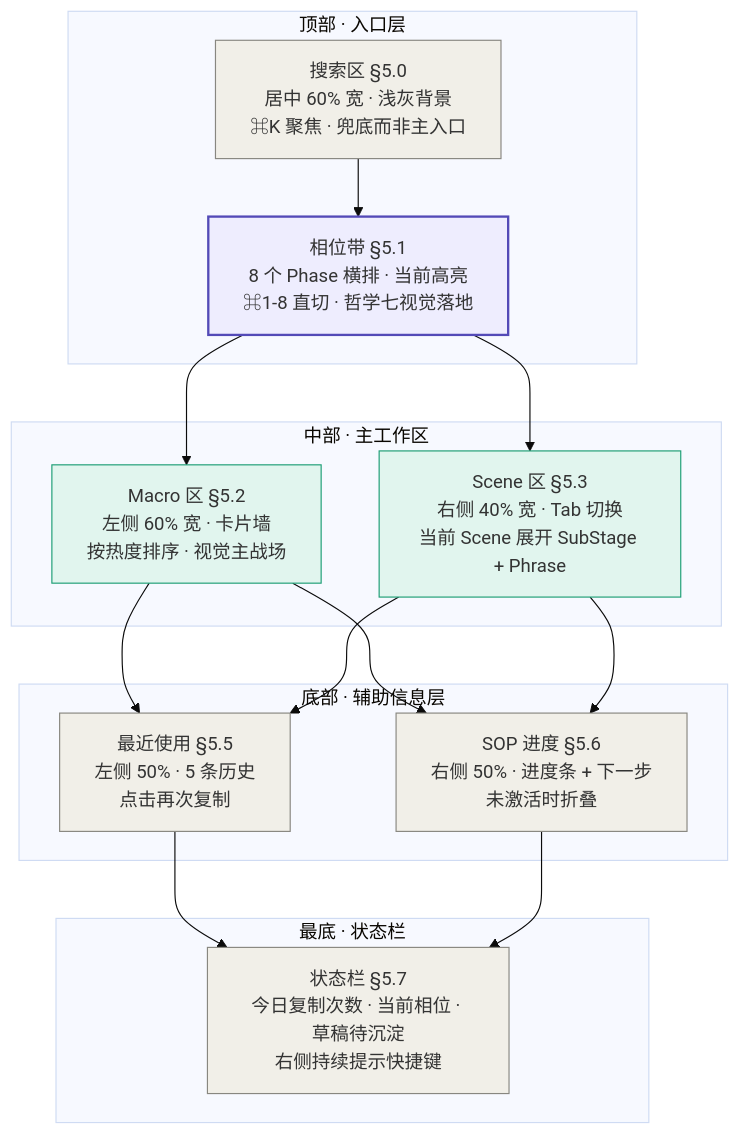
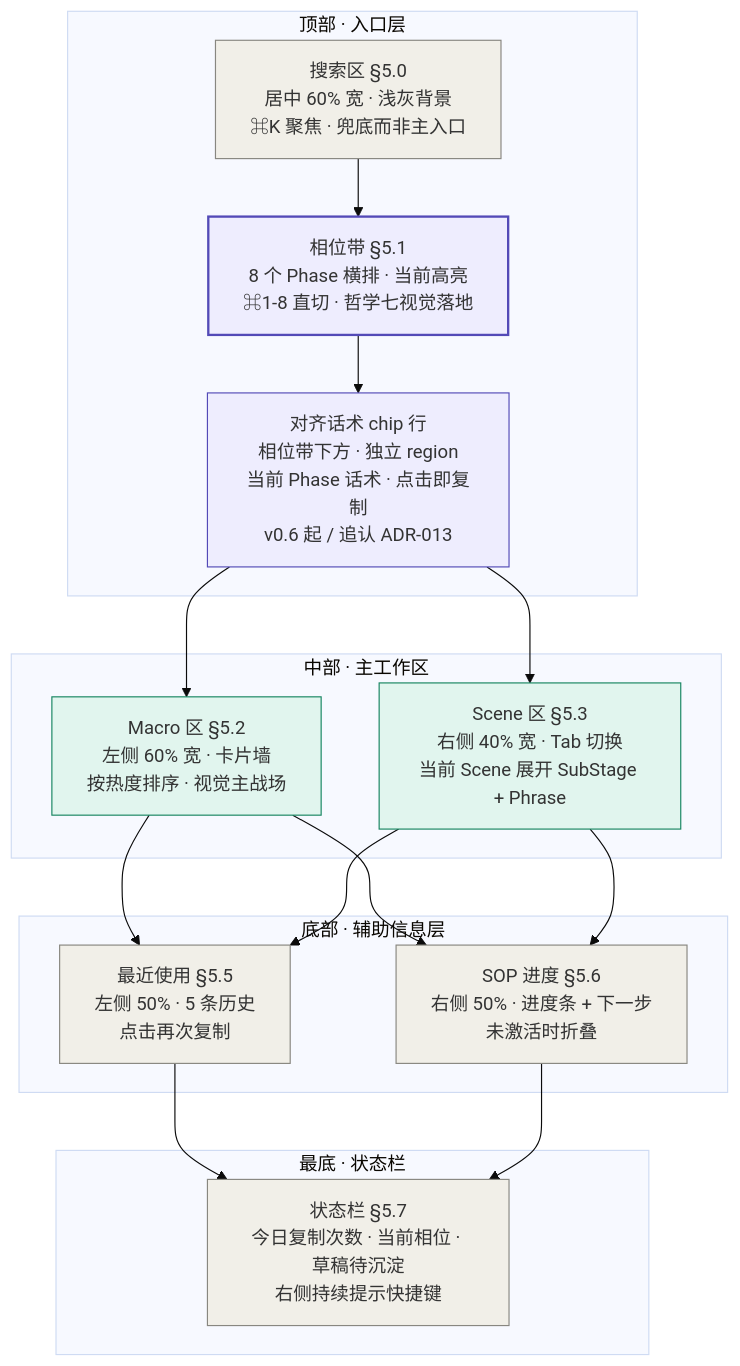
The fourth of 4 diagrams in docs/design/03-product-spec.md (HuiW86/prompt-hub), drawn with Mermaid (base theme) before and after one commit. The commit also changed other lines of this file and 6 other files, not shown here.

First line of the commit message:
docs(design): ripple ADR-012 Phase 4 — ADR-013 + product-spec v0.6 + features v0.2 + archive + CLAUDE §7

````diff
--- a/docs/design/03-product-spec.md
+++ b/docs/design/03-product-spec.md
@@ -563,39 +565,42 @@
 ```mermaid
 graph TD
     subgraph 顶部["顶部 · 入口层"]
         S["搜索区 §5.0<br/>居中 60% 宽 · 浅灰背景<br/>⌘K 聚焦 · 兜底而非主入口"]
         P["相位带 §5.1<br/>8 个 Phase 横排 · 当前高亮<br/>⌘1-8 直切 · 哲学七视觉落地"]
+        AP["对齐话术 chip 行<br/>相位带下方 · 独立 region<br/>当前 Phase 话术 · 点击即复制<br/>v0.6 起 / 追认 ADR-013"]
     end
 
     subgraph 中部["中部 · 主工作区"]
         M["Macro 区 §5.2<br/>左侧 60% 宽 · 卡片墙<br/>按热度排序 · 视觉主战场"]
         SC["Scene 区 §5.3<br/>右侧 40% 宽 · Tab 切换<br/>当前 Scene 展开 SubStage + Phrase"]
     end
 
     subgraph 底部["底部 · 辅助信息层"]
         R["最近使用 §5.5<br/>左侧 50% · 5 条历史<br/>点击再次复制"]
         SOP["SOP 进度 §5.6<br/>右侧 50% · 进度条 + 下一步<br/>未激活时折叠"]
     end
 
     subgraph 最底["最底 · 状态栏"]
         ST["状态栏 §5.7<br/>今日复制次数 · 当前相位 · 草稿待沉淀<br/>右侧持续提示快捷键"]
     end
 
     S --> P
-    P --> M
-    P --> SC
+    P --> AP
+    AP --> M
+    AP --> SC
     M --> R
     SC --> R
     M --> SOP
     SC --> SOP
     R --> ST
     SOP --> ST
 
     style S fill:#F1EFE8,stroke:#888780,stroke-width:1px
     style P fill:#EEEDFE,stroke:#534AB7,stroke-width:2px
-    style M fill:#E1F5EE,stroke:#1D9E75,stroke-width:1px
-    style SC fill:#E1F5EE,stroke:#1D9E75,stroke-width:1px
+    style AP fill:#EEEDFE,stroke:#534AB7,stroke-width:1px
+    style M fill:#E1F5EE,stroke:#178561,stroke-width:1px
+    style SC fill:#E1F5EE,stroke:#178561,stroke-width:1px
     style R fill:#F1EFE8,stroke:#888780,stroke-width:1px
     style SOP fill:#F1EFE8,stroke:#888780,stroke-width:1px
     style ST fill:#F1EFE8,stroke:#888780,stroke-width:1px
 ```
````
